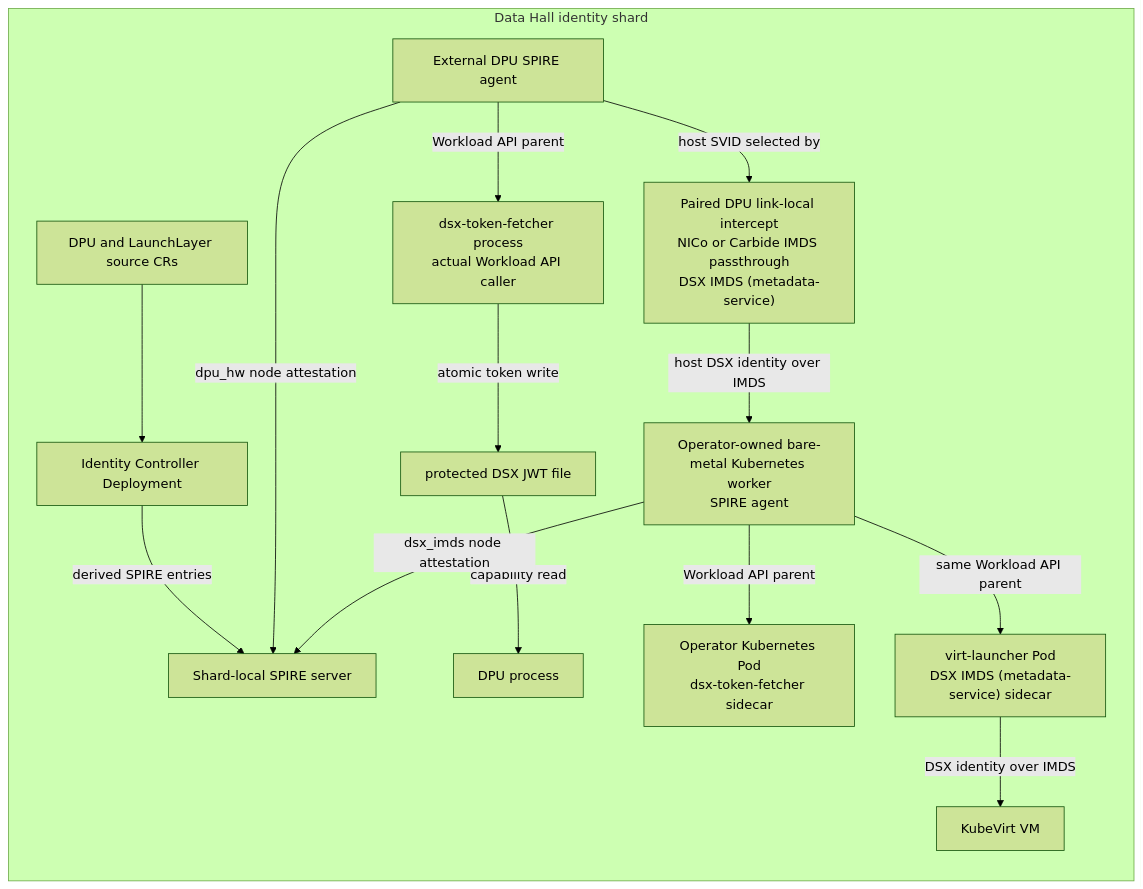
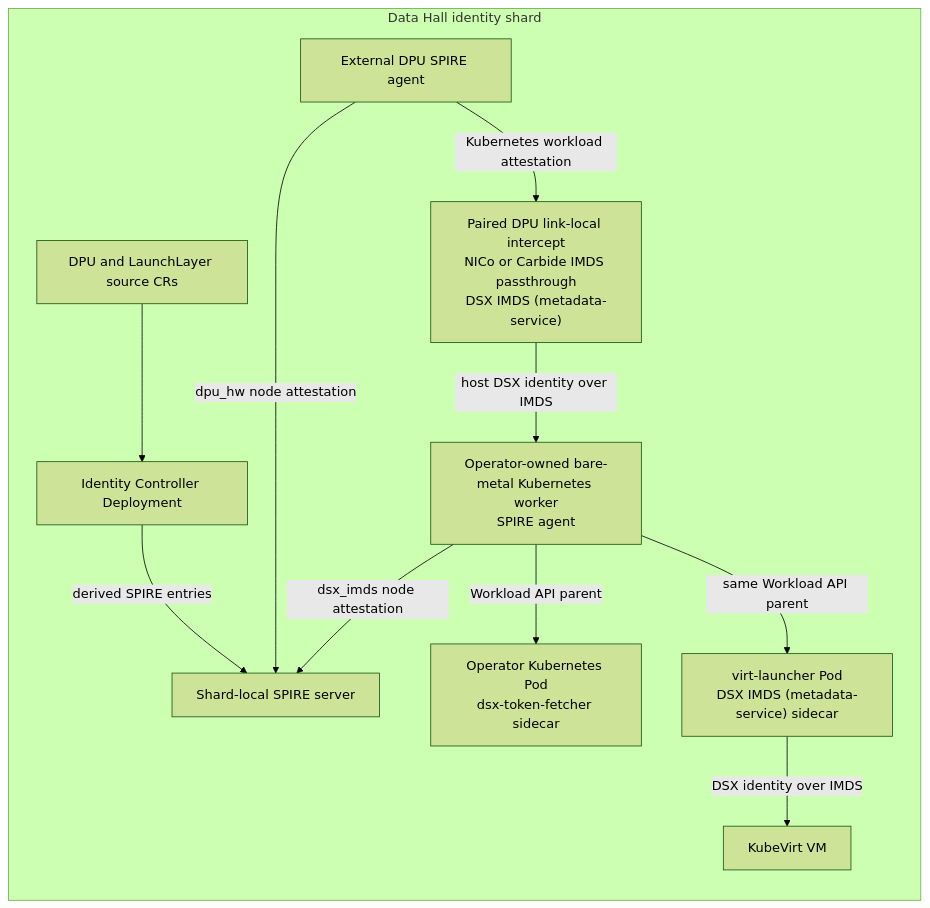
Before and after one commit to dsx-ai-factory/nvidia-workload-identity: the first of 7 diagrams in README.md, drawn with Mermaid (forest theme). The commit also changed other lines of this file and 34 other files, not shown here.

````diff
--- a/README.md
+++ b/README.md
@@ -33,31 +33,25 @@
 ```mermaid
 flowchart TB
   subgraph Shard["Data Hall identity shard"]
     direction TB
     Sources["DPU and LaunchLayer source CRs"]
     Controller["Identity Controller Deployment"]
     SPIRE["Shard-local SPIRE server"]
     DPU["External DPU SPIRE agent"]
-    DPUFetcher["dsx-token-fetcher process<br/>actual Workload API caller"]
-    DPUProcess["DPU process"]
-    DPUToken["protected DSX JWT file"]
     MDS["Paired DPU link-local intercept<br/>NICo or Carbide IMDS passthrough<br/>DSX IMDS (metadata-service)"]
     Host["Operator-owned bare-metal Kubernetes worker<br/>SPIRE agent"]
     Pod["Operator Kubernetes Pod<br/>dsx-token-fetcher sidecar"]
     VMHost["virt-launcher Pod<br/>DSX IMDS (metadata-service) sidecar"]
     VM["KubeVirt VM"]
 
     Sources --> Controller
     Controller -->|"derived SPIRE entries"| SPIRE
     DPU -->|"dpu_hw node attestation"| SPIRE
-    DPU -->|"Workload API parent"| DPUFetcher
-    DPUFetcher -->|"atomic token write"| DPUToken
-    DPUToken -->|"capability read"| DPUProcess
-    DPU -->|"host SVID selected by"| MDS
+    DPU -->|"Kubernetes workload attestation"| MDS
     MDS -->|"host DSX identity over IMDS"| Host
     Host -->|"dsx_imds node attestation"| SPIRE
     Host -->|"Workload API parent"| Pod
     Host -->|"same Workload API parent"| VMHost
     VMHost -->|"DSX identity over IMDS"| VM
   end
 ```
````
